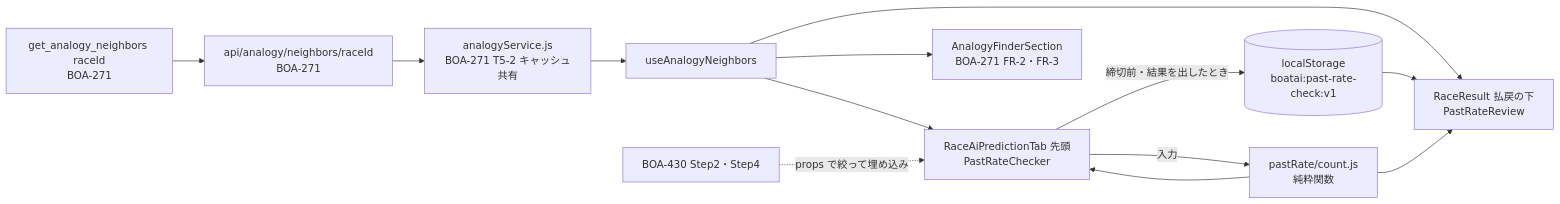
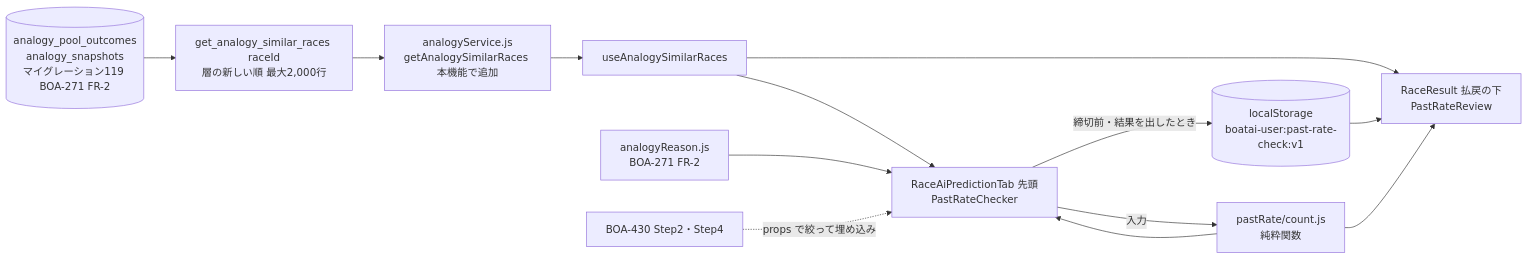
Before and after one commit to rhapsody0919/boatrace-ai-predictor: the first of 2 diagrams in docs/design/past-rate-check/plan.md, drawn with Mermaid. The commit also changed other lines of this file and 5 other files, not shown here.

Commit message:
docs: BOA-635 FR-2 の層別化に合わせ、比べる行を層の新しい順最大2,000件（get_analogy_similar_races）に置き換える

````diff
--- a/docs/design/past-rate-check/plan.md
+++ b/docs/design/past-rate-check/plan.md
@@ -7,15 +7,15 @@
 ```mermaid
 flowchart LR
-  RPC[get_analogy_neighbors raceId<br/>BOA-271] --> API[api/analogy/neighbors/raceId<br/>BOA-271]
-  API --> SV[analogyService.js<br/>BOA-271 T5-2 キャッシュ共有]
-  SV --> HK[useAnalogyNeighbors]
+  POOL[(analogy_pool_outcomes<br/>analogy_snapshots<br/>マイグレーション119 BOA-271 FR-2)] --> RPC[get_analogy_similar_races raceId<br/>層の新しい順 最大2,000行]
+  RPC --> SV[analogyService.js<br/>getAnalogySimilarRaces 本機能で追加]
+  SV --> HK[useAnalogySimilarRaces]
   HK --> AI[RaceAiPredictionTab 先頭<br/>PastRateChecker]
-  HK --> AF[AnalogyFinderSection<br/>BOA-271 FR-2・FR-3]
   HK --> RR[RaceResult 払戻の下<br/>PastRateReview]
   AI -->|入力| CT[pastRate/count.js<br/>純粋関数]
   CT --> AI
-  AI -->|締切前・結果を出したとき| LS[(localStorage<br/>boatai:past-rate-check:v1)]
+  AI -->|締切前・結果を出したとき| LS[(localStorage<br/>boatai-user:past-rate-check:v1)]
   LS --> RR
   CT --> RR
+  RE[analogyReason.js<br/>BOA-271 FR-2] --> AI
   B430[BOA-430 Step2・Step4] -.props で絞って埋め込み.-> AI
 ```
````
